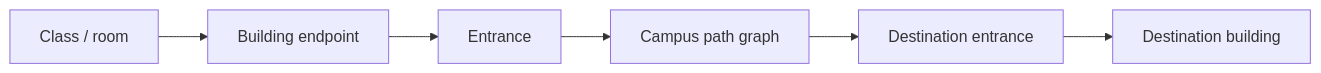
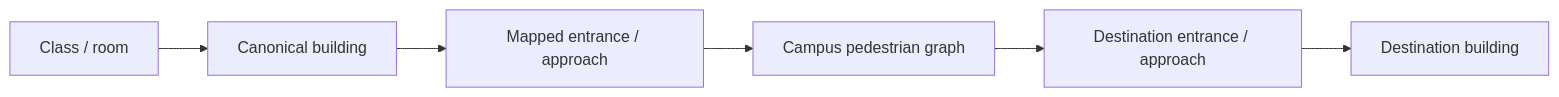
One commit to Gapwise-for-UTM/gapwise changed the diagram in README.md. Above: the diagram before and after it, drawn with Mermaid. The commit also changed other lines of this file, not shown here.

First line of the commit message:
docs: refresh README for current Gapwise architecture (#100)

````diff
--- a/README.md
+++ b/README.md
@@ -118,8 +120,8 @@
 ```mermaid
 flowchart LR
-    A[Class / room] --> B[Building endpoint]
-    B --> C[Entrance]
-    C --> D[Campus path graph]
-    D --> E[Destination entrance]
+    A[Class / room] --> B[Canonical building]
+    B --> C[Mapped entrance / approach]
+    C --> D[Campus pedestrian graph]
+    D --> E[Destination entrance / approach]
     E --> F[Destination building]
 ```
````
